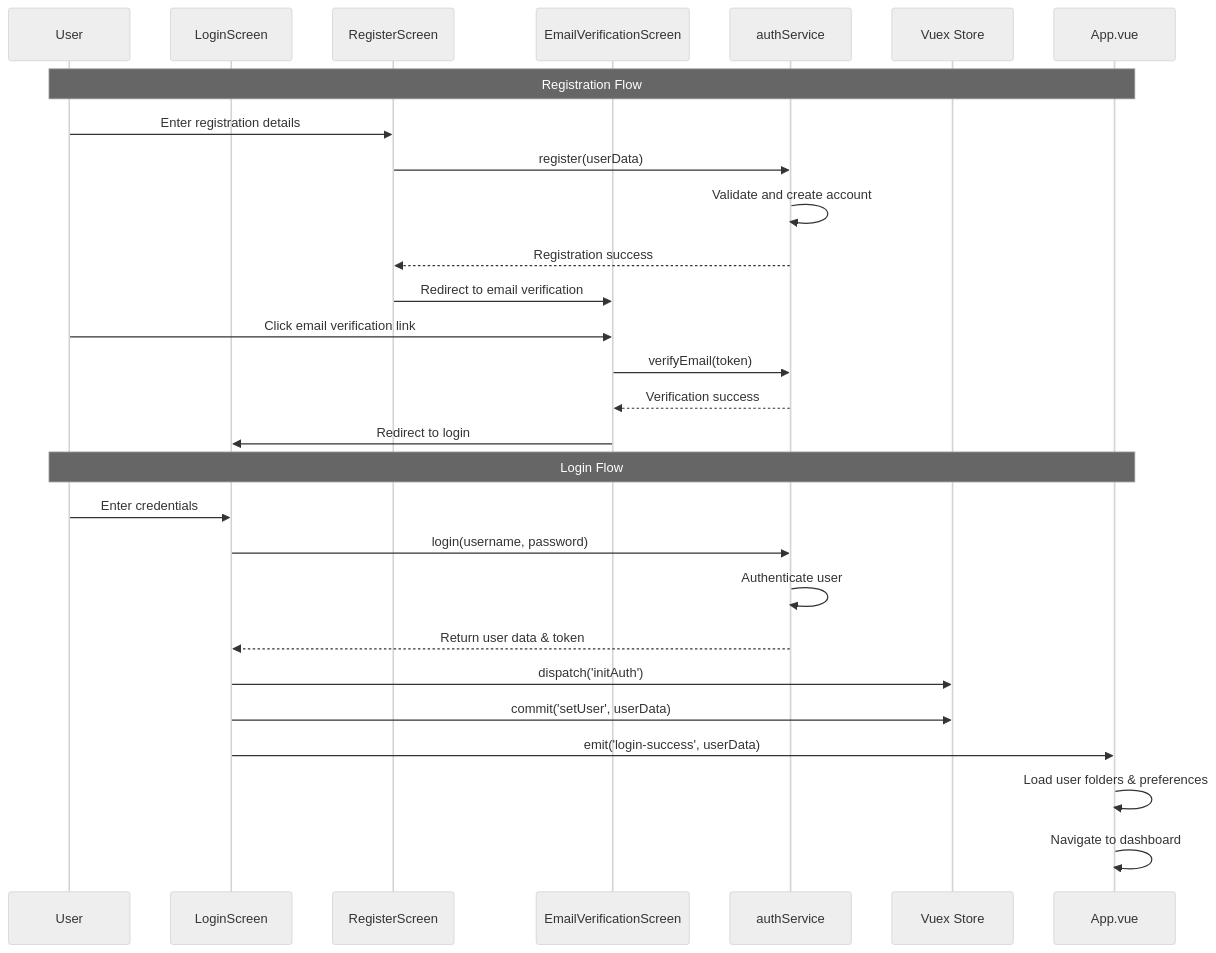
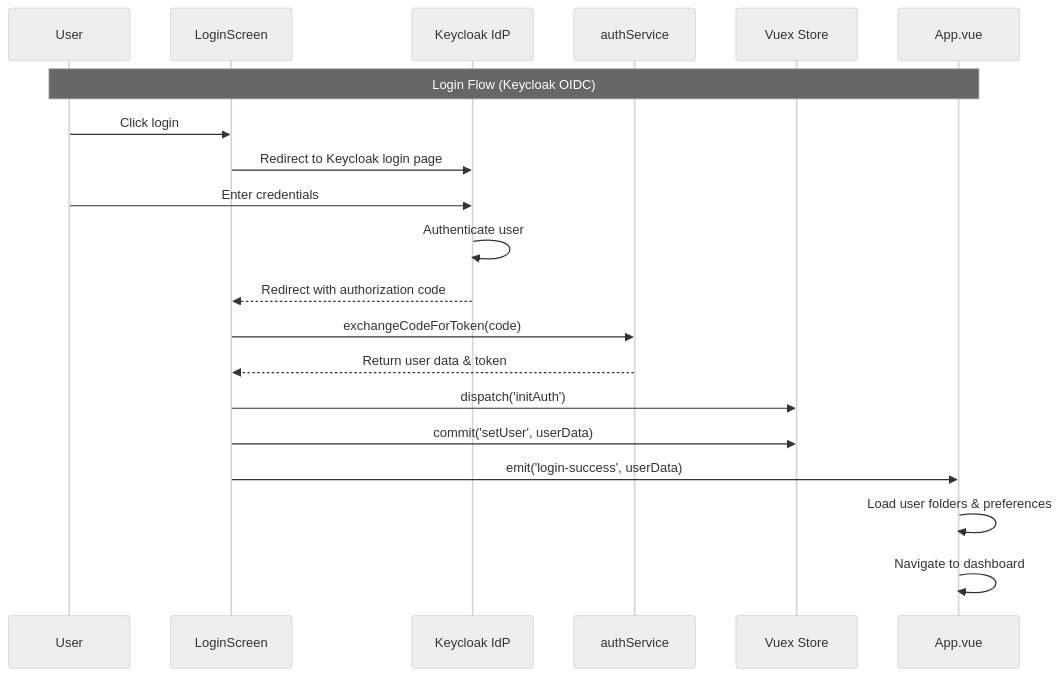
One commit to jrevillard/genie-ai-replica changed the third of 6 diagrams in components/gov-chat-frontend/README.md. Above: the diagram before and after it, drawn with Mermaid (neutral theme). The commit also changed other lines of this file and 85 other files, not shown here.

First line of the commit message:
refactor: complete frontend OIDC cleanup after Keycloak migration

````diff
--- a/components/gov-chat-frontend/README.md
+++ b/components/gov-chat-frontend/README.md
@@ -472,32 +472,23 @@
 ```mermaid
 sequenceDiagram
     participant U as User
     participant L as LoginScreen
-    participant R as RegisterScreen
-    participant V as EmailVerificationScreen
+    participant K as Keycloak IdP
     participant A as authService
     participant S as Vuex Store
     participant APP as App.vue
-    
-    Note over U,APP: Registration Flow
-    U->>R: Enter registration details
-    R->>A: register(userData)
-    A->>A: Validate and create account
-    A-->>R: Registration success
-    R->>V: Redirect to email verification
-    U->>V: Click email verification link
-    V->>A: verifyEmail(token)
-    A-->>V: Verification success
-    V->>L: Redirect to login
-    
-    Note over U,APP: Login Flow
-    U->>L: Enter credentials
-    L->>A: login(username, password)
-    A->>A: Authenticate user
+
+    Note over U,APP: Login Flow (Keycloak OIDC)
+    U->>L: Click login
+    L->>K: Redirect to Keycloak login page
+    U->>K: Enter credentials
+    K->>K: Authenticate user
+    K-->>L: Redirect with authorization code
+    L->>A: exchangeCodeForToken(code)
     A-->>L: Return user data & token
     L->>S: dispatch('initAuth')
     L->>S: commit('setUser', userData)
     L->>APP: emit('login-success', userData)
     APP->>APP: Load user folders & preferences
     APP->>APP: Navigate to dashboard
 ```
````
